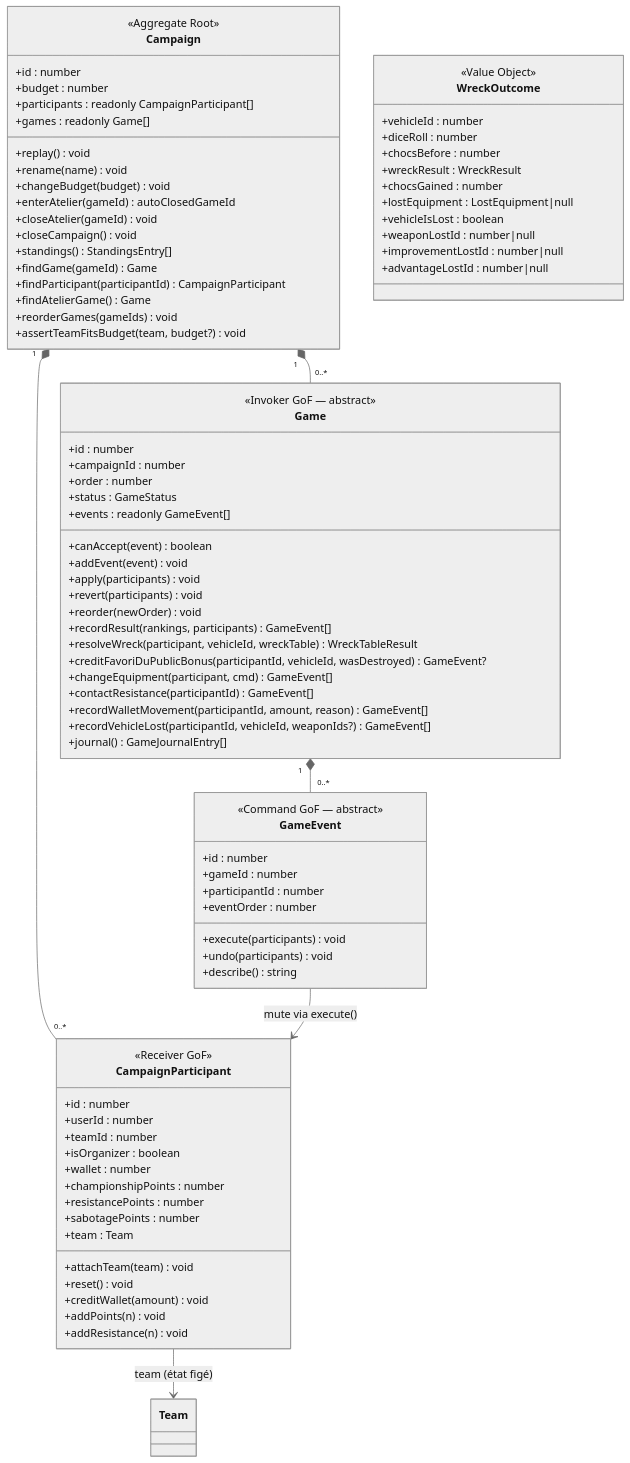
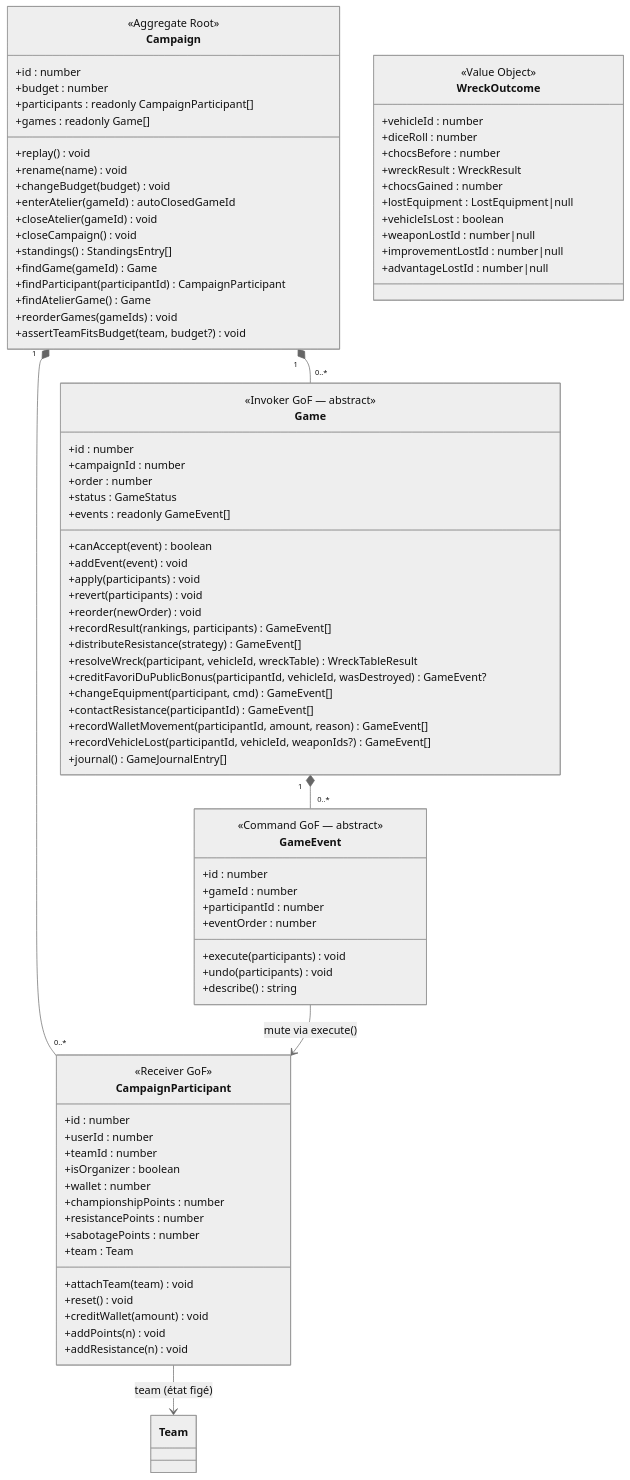
Before and after one commit to arnaudbracchetti/gaslands-manager: the fifth of 5 diagrams in docs/DOMAIN_MODEL.md, drawn with Mermaid (neutral theme). The commit also changed other lines of this file and 32 other files, not shown here.

```diff
--- a/docs/DOMAIN_MODEL.md
+++ b/docs/DOMAIN_MODEL.md
@@ -810,6 +811,7 @@
         +revert(participants) void
         +reorder(newOrder) void
         +recordResult(rankings, participants) GameEvent[]
+        +distributeResistance(strategy) GameEvent[]
         +resolveWreck(participant, vehicleId, wreckTable) WreckTableResult
         +creditFavoriDuPublicBonus(participantId, vehicleId, wasDestroyed) GameEvent?
         +changeEquipment(participant, cmd) GameEvent[]
```
